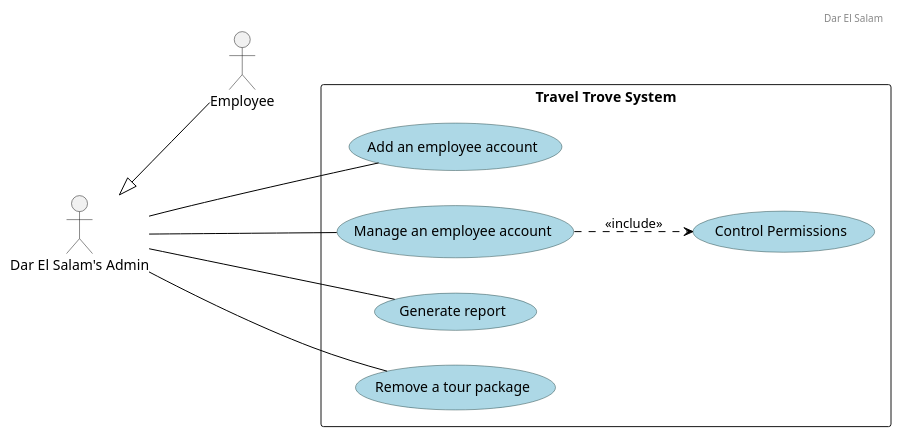
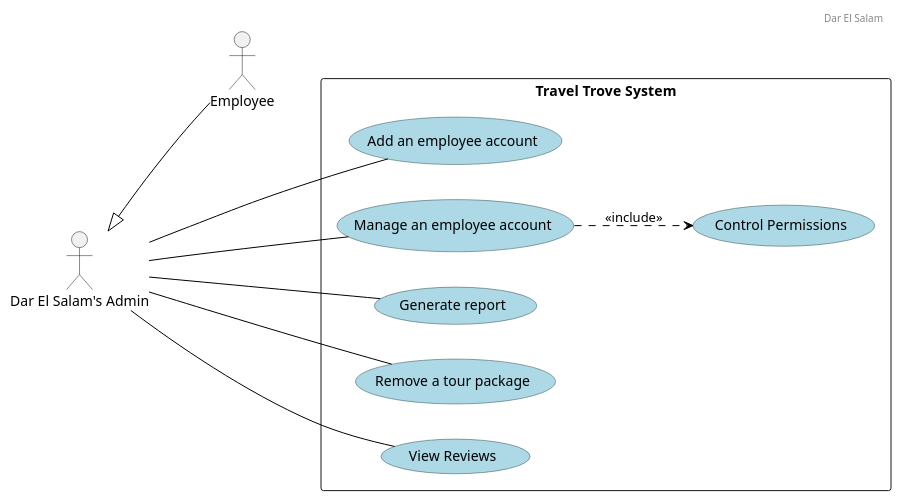
Before and after one commit to Hares-2088/TravelTrove: the diagram in diagrams/use cases/Admin.puml, drawn with PlantUML. The commit also changed 9 other files, not shown here.

Commit message:
Added the tests and modified some diagrams

```diff
--- a/diagrams/use cases/Admin.puml
+++ b/diagrams/use cases/Admin.puml
@@ -1,36 +1,39 @@
 @startuml
 scale 1
 left to right direction
 
 header
 Dar El Salam
 endheader
 
 ' Custom skin parameters for use cases
 skinparam usecase {
     BackgroundColor lightblue
     BorderColor DarkSlateGray
     ArrowColor Black
 }
 
 actor "Dar El Salam's Admin" as Admin
 
 rectangle "Travel Trove System" {
 
     usecase "Add an employee account"
     usecase "Manage an employee account"
     usecase "Control Permissions"
     usecase "Generate report"
     usecase "Remove a tour package"
+    usecase "View Reviews"
 
 }
 
 "Manage an employee account" ..> "Control Permissions" : <<include>>
 Admin <|-- Employee
 Admin --- "Add an employee account"
 Admin -- "Manage an employee account"
 Admin -- "Generate report"
 Admin -- "Remove a tour package"
+Admin -- "View Reviews"
+
 
 
 @enduml
```
